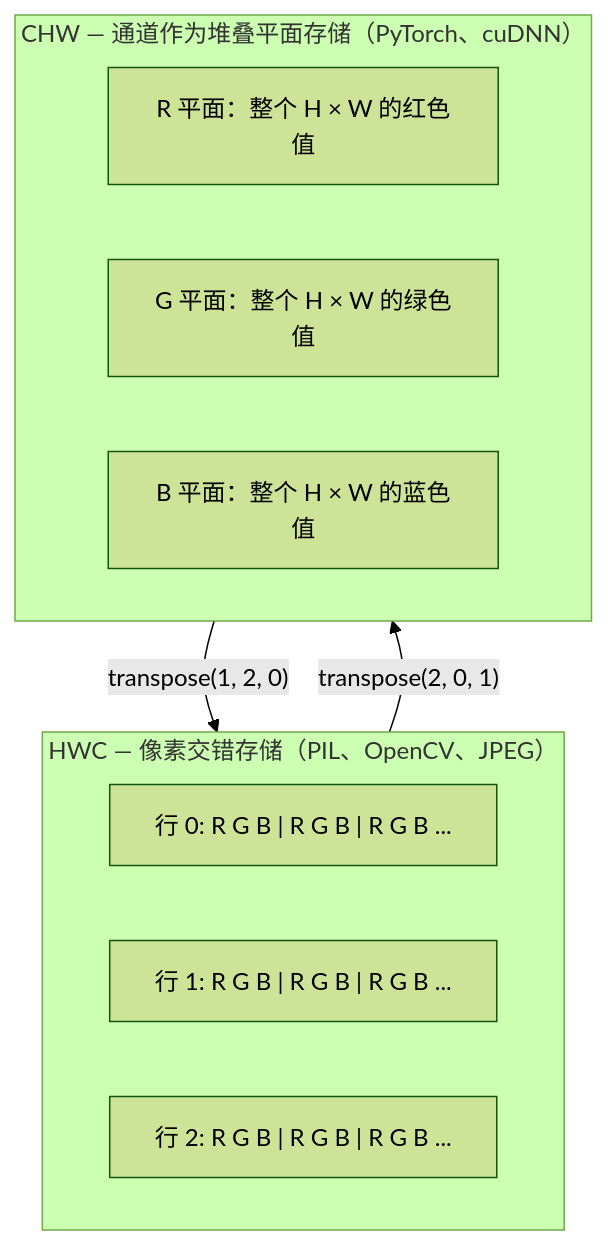
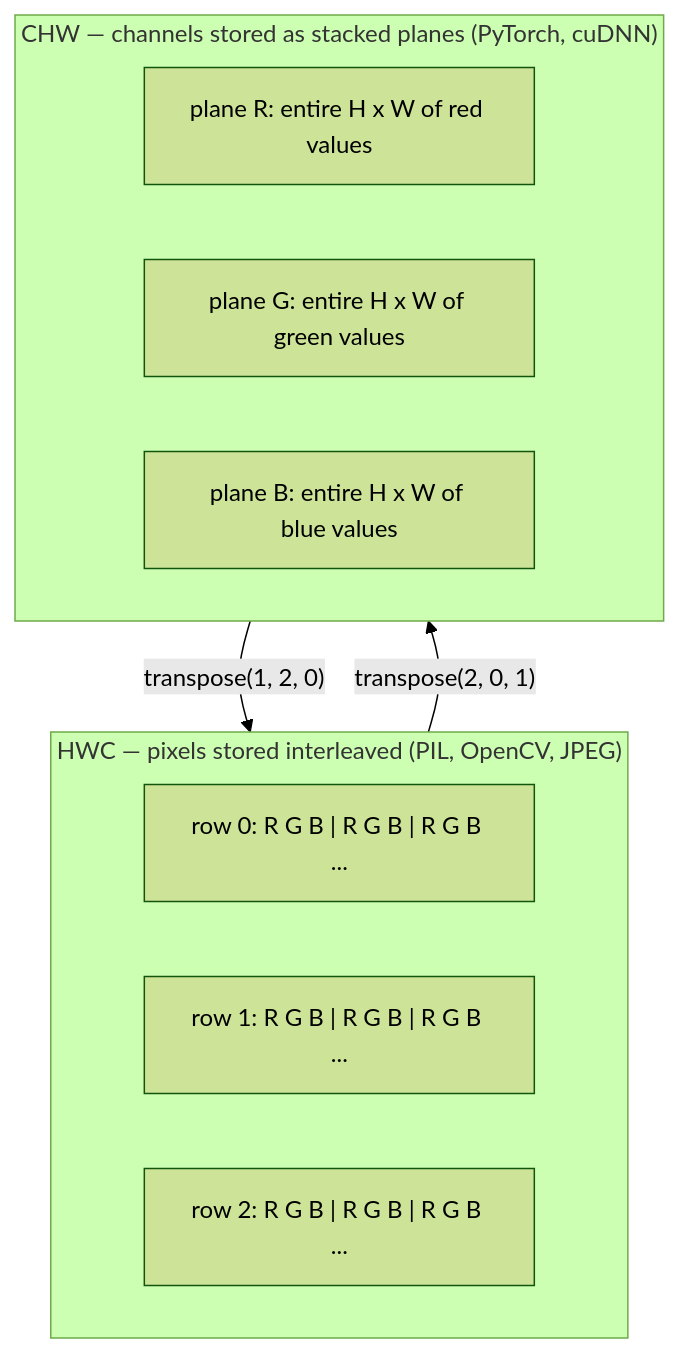
One commit to xiaojiaenen/ai-engineering-from-scratch-zh changed the second of 2 diagrams in i18n/zh/phases/04-computer-vision/01-image-fundamentals/docs/zh.md. Above: the diagram before and after it, drawn with Mermaid (forest theme). The commit also changed other lines of this file and 28 other files, not shown here.

````diff
--- a/i18n/zh/phases/04-computer-vision/01-image-fundamentals/docs/zh.md
+++ b/i18n/zh/phases/04-computer-vision/01-image-fundamentals/docs/zh.md
@@ -121,15 +121,15 @@
 ```mermaid
 flowchart TB
-    subgraph HWC["HWC — 像素交错存储（PIL、OpenCV、JPEG）"]
-        H1["行 0: R G B | R G B | R G B ..."]
-        H2["行 1: R G B | R G B | R G B ..."]
-        H3["行 2: R G B | R G B | R G B ..."]
+    subgraph HWC["HWC — pixels stored interleaved (PIL, OpenCV, JPEG)"]
+        H1["row 0: R G B | R G B | R G B ..."]
+        H2["row 1: R G B | R G B | R G B ..."]
+        H3["row 2: R G B | R G B | R G B ..."]
     end
-    subgraph CHW["CHW — 通道作为堆叠平面存储（PyTorch、cuDNN）"]
-        C1["R 平面：整个 H × W 的红色值"]
-        C2["G 平面：整个 H × W 的绿色值"]
-        C3["B 平面：整个 H × W 的蓝色值"]
+    subgraph CHW["CHW — channels stored as stacked planes (PyTorch, cuDNN)"]
+        C1["plane R: entire H x W of red values"]
+        C2["plane G: entire H x W of green values"]
+        C3["plane B: entire H x W of blue values"]
     end
     HWC -->|"transpose(2, 0, 1)"| CHW
     CHW -->|"transpose(1, 2, 0)"| HWC
 ```
````
